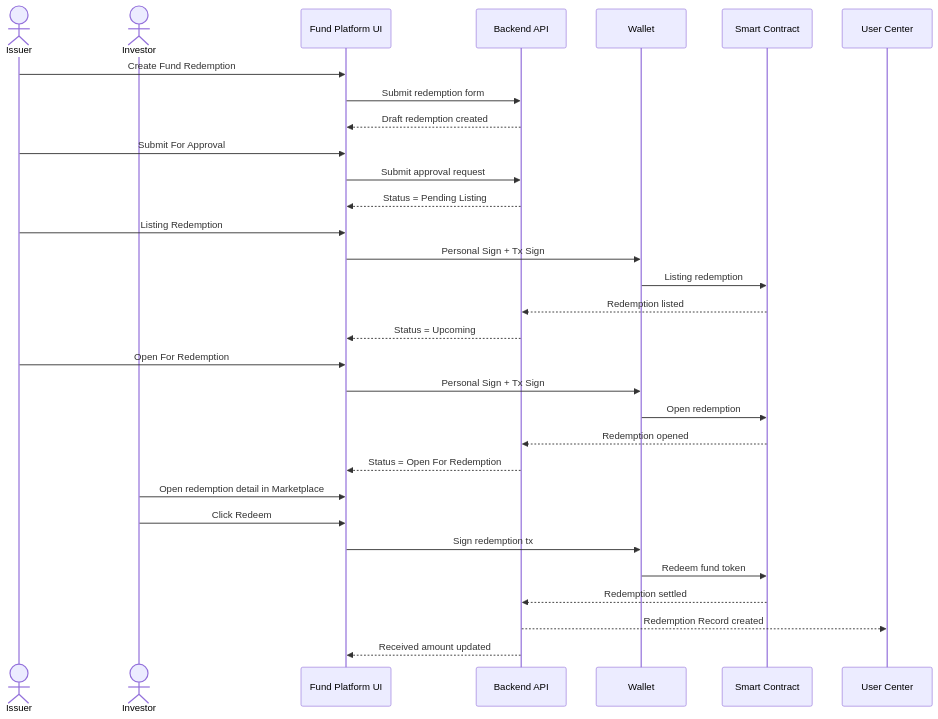
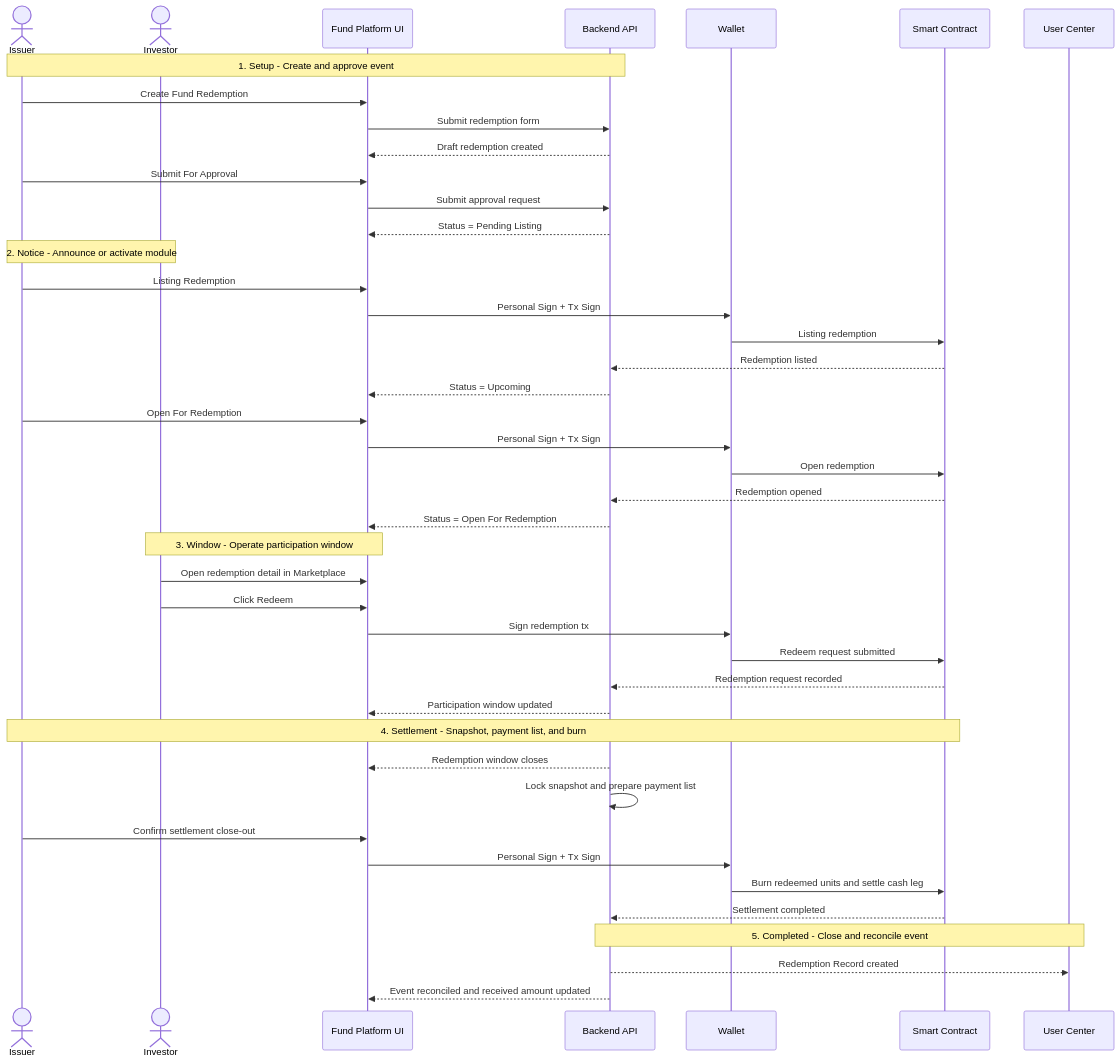
One commit to JohnLiuSCIE/fund-rwa-demo changed the third of 4 diagrams in TICKET — Fund RWA 发行平台 全流程 UI.md. Above: the diagram before and after it, drawn with Mermaid. The commit also changed other lines of this file and 3 other files, not shown here.

Commit message:
Align fund workflow sequence diagrams

````diff
--- a/TICKET — Fund RWA 发行平台 全流程 UI.md
+++ b/TICKET — Fund RWA 发行平台 全流程 UI.md
@@ -1336,38 +1341,52 @@
 ```mermaid
 sequenceDiagram
     actor Issuer as Issuer
     actor Investor as Investor
     participant UI as Fund Platform UI
     participant API as Backend API
     participant Wallet as Wallet
     participant SC as Smart Contract
     participant User as User Center
 
+    Note over Issuer,API: 1. Setup - Create and approve event
     Issuer->>UI: Create Fund Redemption
     UI->>API: Submit redemption form
     API-->>UI: Draft redemption created
 
     Issuer->>UI: Submit For Approval
     UI->>API: Submit approval request
     API-->>UI: Status = Pending Listing
 
+    Note over Issuer,Investor: 2. Notice - Announce or activate module
     Issuer->>UI: Listing Redemption
     UI->>Wallet: Personal Sign + Tx Sign
     Wallet->>SC: Listing redemption
     SC-->>API: Redemption listed
     API-->>UI: Status = Upcoming
 
     Issuer->>UI: Open For Redemption
     UI->>Wallet: Personal Sign + Tx Sign
     Wallet->>SC: Open redemption
     SC-->>API: Redemption opened
     API-->>UI: Status = Open For Redemption
 
+    Note over Investor,UI: 3. Window - Operate participation window
     Investor->>UI: Open redemption detail in Marketplace
     Investor->>UI: Click Redeem
     UI->>Wallet: Sign redemption tx
-    Wallet->>SC: Redeem fund token
-    SC-->>API: Redemption settled
+    Wallet->>SC: Redeem request submitted
+    SC-->>API: Redemption request recorded
+    API-->>UI: Participation window updated
+
+    Note over Issuer,SC: 4. Settlement - Snapshot, payment list, and burn
+    API-->>UI: Redemption window closes
+    API->>API: Lock snapshot and prepare payment list
+    Issuer->>UI: Confirm settlement close-out
+    UI->>Wallet: Personal Sign + Tx Sign
+    Wallet->>SC: Burn redeemed units and settle cash leg
+    SC-->>API: Settlement completed
+
+    Note over API,User: 5. Completed - Close and reconcile event
     API-->>User: Redemption Record created
-    API-->>UI: Received amount updated
+    API-->>UI: Event reconciled and received amount updated
 ```
````
